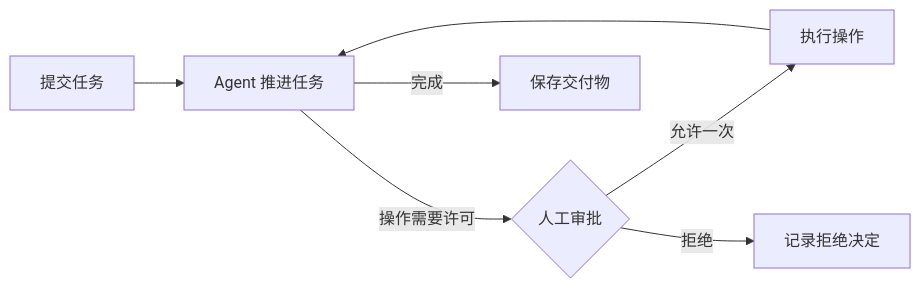
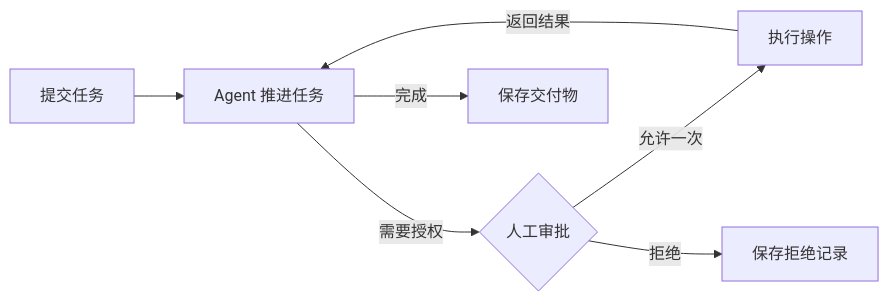
Before and after one commit to AuronaLabs/Fliuno: the diagram in README.md, drawn with Mermaid. The commit also changed other lines of this file and 11 other files, not shown here.

````diff
--- a/README.md
+++ b/README.md
@@ -63,9 +66,9 @@
 ```mermaid
 flowchart LR
   Task[提交任务] --> Agent[Agent 推进任务]
-  Agent -->|操作需要许可| Approval{人工审批}
+  Agent -->|需要授权| Approval{人工审批}
   Approval -->|允许一次| Tool[执行操作]
-  Tool --> Agent
-  Approval -->|拒绝| Decision[记录拒绝决定]
+  Tool -->|返回结果| Agent
+  Approval -->|拒绝| Decision[保存拒绝记录]
   Agent -->|完成| Artifact[保存交付物]
 ```
````
